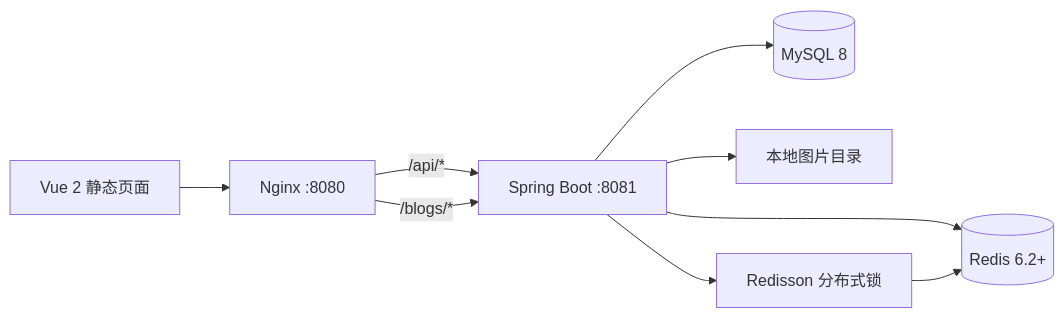
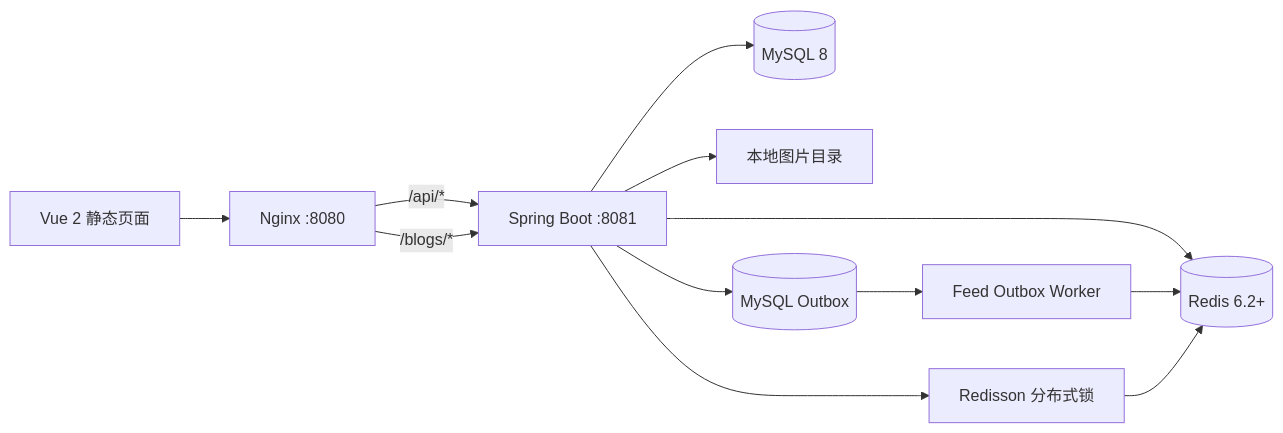
One commit to mhn0207/CitySeek changed the first of 3 diagrams in README.md. Above: the diagram before and after it, drawn with Mermaid. The commit also changed other lines of this file and 71 other files, not shown here.

````diff
--- a/README.md
+++ b/README.md
@@ -18,11 +21,14 @@
 ```mermaid
 flowchart LR
     Browser["Vue 2 静态页面"] --> Nginx["Nginx :8080"]
     Nginx -->|"/api/*"| App["Spring Boot :8081"]
     Nginx -->|"/blogs/*"| App
     App --> MySQL[("MySQL 8")]
     App --> Redis[("Redis 6.2+")]
     App --> Uploads["本地图片目录"]
+    App --> Outbox[("MySQL Outbox")]
+    Outbox --> Worker["Feed Outbox Worker"]
+    Worker --> Redis
     App --> Redisson["Redisson 分布式锁"]
     Redisson --> Redis
 ```
````
